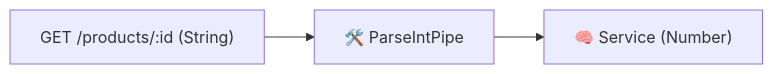
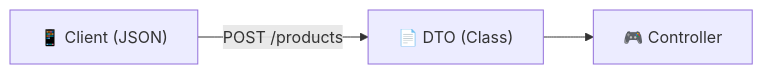
Before and after one commit to alvianzf/introduction-to-nest: the diagram in README.md, drawn with Mermaid. The commit also changed other lines of this file, not shown here.

````diff
--- a/README.md
+++ b/README.md
@@ -286,8 +44,9 @@
 ```mermaid
-flowchart LR
-    URL["GET /products/:id (String)"]
-    Pipe["🛠️ ParseIntPipe"]
-    Service["🧠 Service (Number)"]
-
-    URL --> Pipe --> Service
+graph LR
+    Client["📱 Client (JSON)"]
+    DTO["📄 DTO (Class)"]
+    Controller["🎮 Controller"]
+    
+    Client -- "POST /products" --> DTO
+    DTO --> Controller
 ```
````
